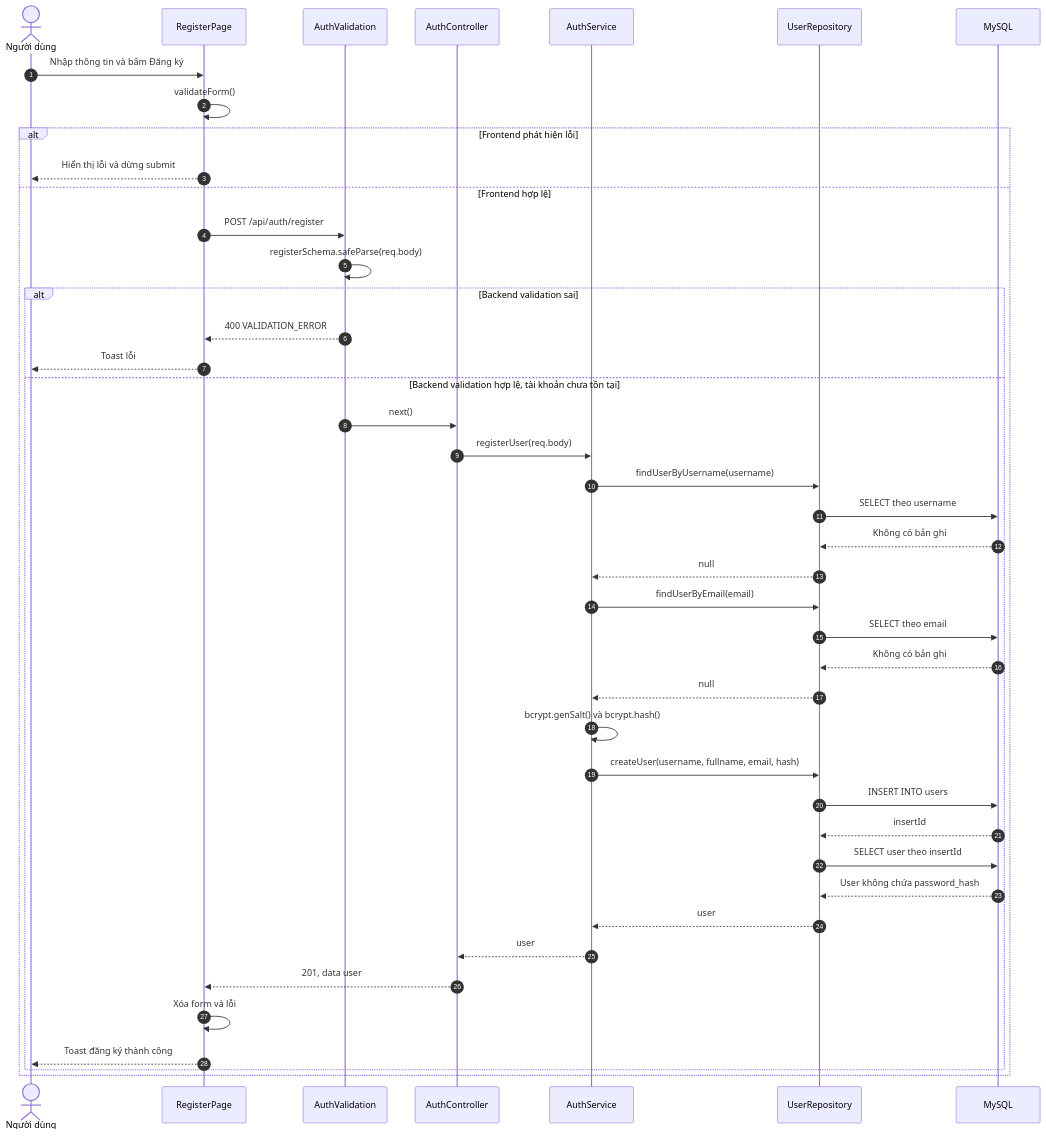
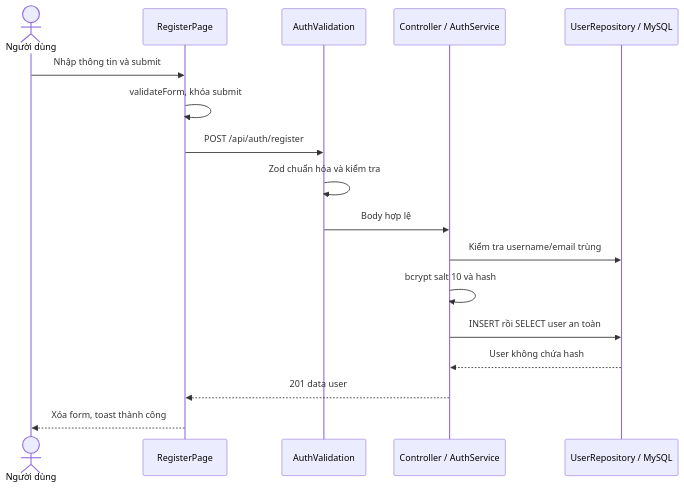
One commit to VuongQuocHung/Todo-List changed the first of 9 diagrams in docs/sequence-diagrams.md. Above: the diagram before and after it, drawn with Mermaid. The commit also changed other lines of this file and 9 other files, not shown here.

````diff
--- a/docs/sequence-diagrams.md
+++ b/docs/sequence-diagrams.md
@@ -51,46 +17,19 @@
 ```mermaid
 sequenceDiagram
-    autonumber
     actor U as Người dùng
-    participant P as RegisterPage
+    participant F as RegisterPage
     participant V as AuthValidation
-    participant C as AuthController
-    participant S as AuthService
-    participant R as UserRepository
-    participant D as MySQL
-
-    U->>P: Nhập thông tin và bấm Đăng ký
-    P->>P: validateForm()
-    alt Frontend phát hiện lỗi
-        P-->>U: Hiển thị lỗi và dừng submit
-    else Frontend hợp lệ
-        P->>V: POST /api/auth/register
-        V->>V: registerSchema.safeParse(req.body)
-        alt Backend validation sai
-            V-->>P: 400 VALIDATION_ERROR
-            P-->>U: Toast lỗi
-        else Backend validation hợp lệ, tài khoản chưa tồn tại
-            V->>C: next()
-            C->>S: registerUser(req.body)
-            S->>R: findUserByUsername(username)
-            R->>D: SELECT theo username
-            D-->>R: Không có bản ghi
-            R-->>S: null
-            S->>R: findUserByEmail(email)
-            R->>D: SELECT theo email
-            D-->>R: Không có bản ghi
-            R-->>S: null
-            S->>S: bcrypt.genSalt() và bcrypt.hash()
-            S->>R: createUser(username, fullname, email, hash)
-            R->>D: INSERT INTO users
-            D-->>R: insertId
-            R->>D: SELECT user theo insertId
-            D-->>R: User không chứa password_hash
-            R-->>S: user
-            S-->>C: user
-            C-->>P: 201, data user
-            P->>P: Xóa form và lỗi
-            P-->>U: Toast đăng ký thành công
-        end
-    end
+    participant S as Controller / AuthService
+    participant D as UserRepository / MySQL
+    U->>F: Nhập thông tin và submit
+    F->>F: validateForm, khóa submit
+    F->>V: POST /api/auth/register
+    V->>V: Zod chuẩn hóa và kiểm tra
+    V->>S: Body hợp lệ
+    S->>D: Kiểm tra username/email trùng
+    S->>S: bcrypt salt 10 và hash
+    S->>D: INSERT rồi SELECT user an toàn
+    D-->>S: User không chứa hash
+    S-->>F: 201 data user
+    F-->>U: Xóa form, toast thành công
 ```
````
